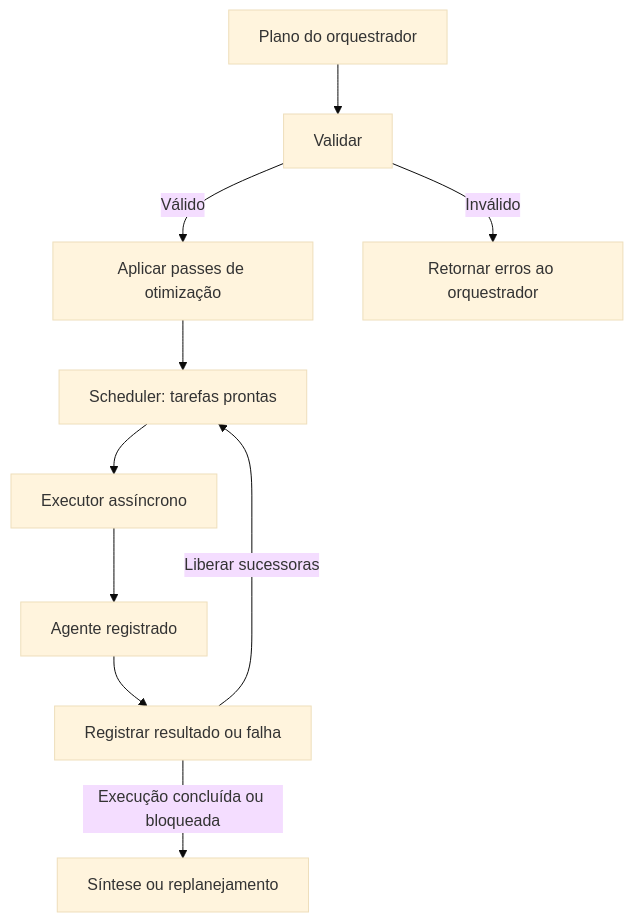
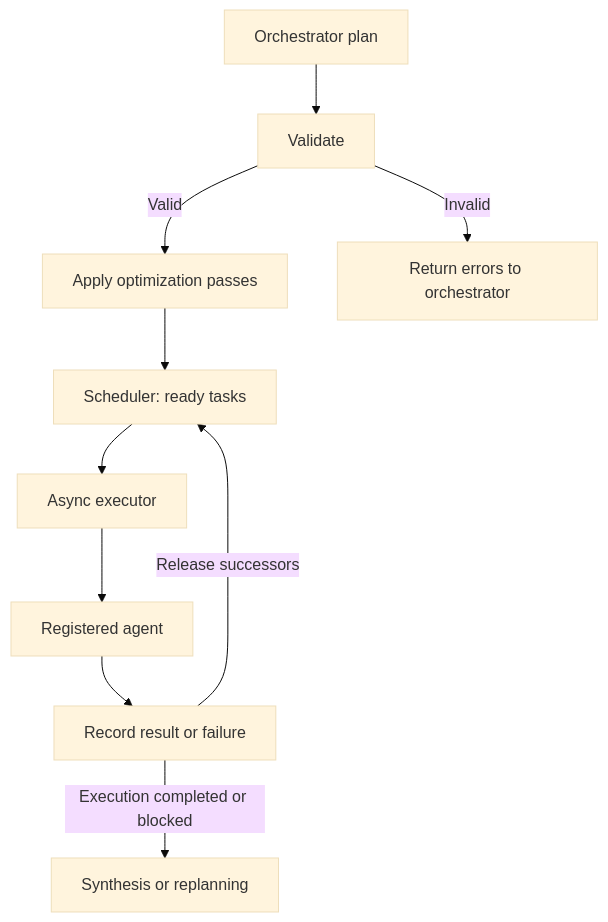
Before and after one commit to joaomadruga/AgentCompiler: the third of 10 diagrams in README.md, drawn with Mermaid (base theme). The commit also changed other lines of this file and 4 other files, not shown here.

````diff
--- a/README.md
+++ b/README.md
@@ -51,12 +51,12 @@
 ```mermaid
 flowchart TD
-    P[Plano do orquestrador] --> V[Validar]
-    V -->|Válido| OPT[Aplicar passes de otimização]
-    V -->|Inválido| ERR[Retornar erros ao orquestrador]
-    OPT --> Q[Scheduler: tarefas prontas]
-    Q --> E[Executor assíncrono]
-    E --> A[Agente registrado]
-    A --> M[Registrar resultado ou falha]
-    M -->|Liberar sucessoras| Q
-    M -->|Execução concluída ou bloqueada| S[Síntese ou replanejamento]
+    P[Orchestrator plan] --> V[Validate]
+    V -->|Valid| OPT[Apply optimization passes]
+    V -->|Invalid| ERR[Return errors to orchestrator]
+    OPT --> Q[Scheduler: ready tasks]
+    Q --> E[Async executor]
+    E --> A[Registered agent]
+    A --> M[Record result or failure]
+    M -->|Release successors| Q
+    M -->|Execution completed or blocked| S[Synthesis or replanning]
 ```
````
